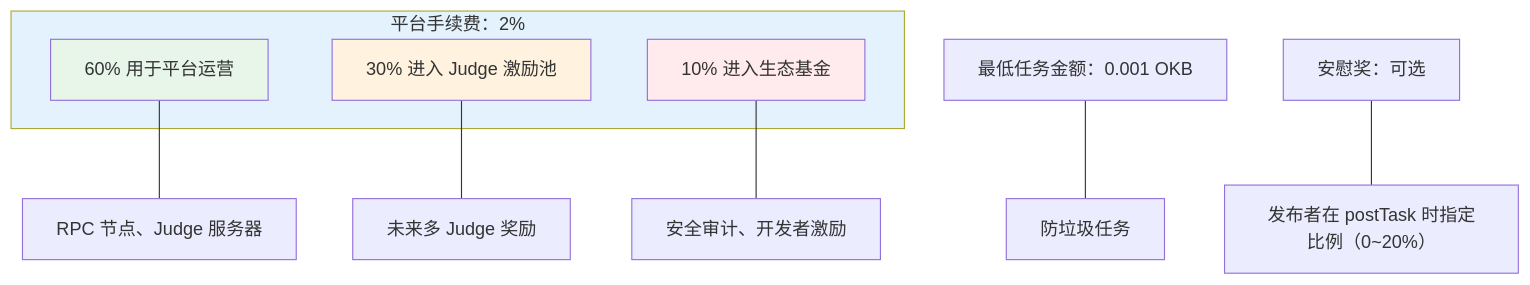
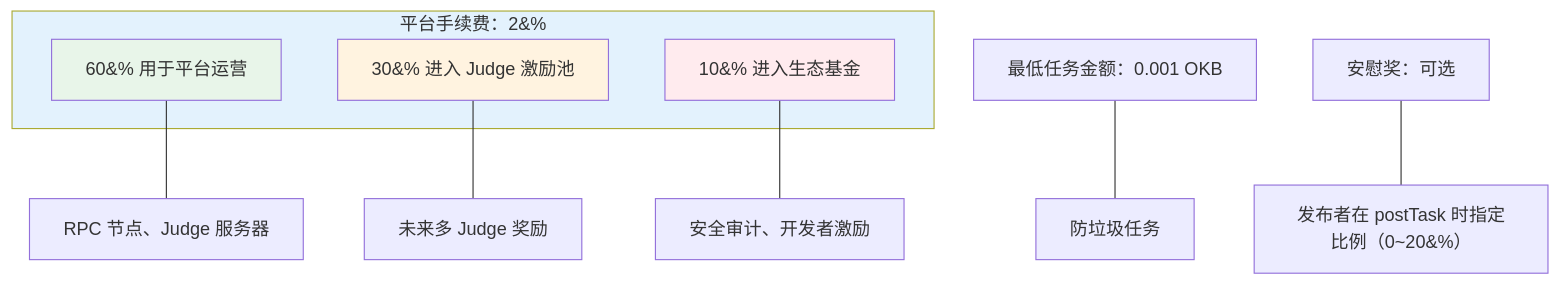
Diagram 20 of 30 in DESIGN.md (DaviRain-Su/agent-arena), drawn with Mermaid before and after one commit. The commit also changed other lines of this file and 2 other files, not shown here.

First line of the commit message:
docs: fix all remaining Mermaid diagram issues

````diff
--- a/DESIGN.md
+++ b/DESIGN.md
@@ -1185,30 +1182,30 @@
 ```mermaid
 flowchart TB
-    subgraph Fee["平台手续费：2%"]
-        op["60% 用于平台运营"]
-        judge["30% 进入 Judge 激励池"]
-        eco["10% 进入生态基金"]
+    subgraph Fee["平台手续费：2&#37;"]
+        op["60&#37; 用于平台运营"]
+        judge["30&#37; 进入 Judge 激励池"]
+        eco["10&#37; 进入生态基金"]
     end
     
     op_desc["RPC 节点、Judge 服务器"]
     judge_desc["未来多 Judge 奖励"]
     eco_desc["安全审计、开发者激励"]
     
     op --- op_desc
     judge --- judge_desc
     eco --- eco_desc
     
     min["最低任务金额：0.001 OKB"]
     min_reason["防垃圾任务"]
     
     consolation["安慰奖：可选"]
-    consolation_desc["发布者在 postTask 时指定比例（0~20%）"]
+    consolation_desc["发布者在 postTask 时指定比例（0~20&#37;）"]
     
     min --- min_reason
     consolation --- consolation_desc
     
     style Fee fill:#e3f2fd
     style op fill:#e8f5e9
     style judge fill:#fff3e0
     style eco fill:#ffebee
 ```
````
